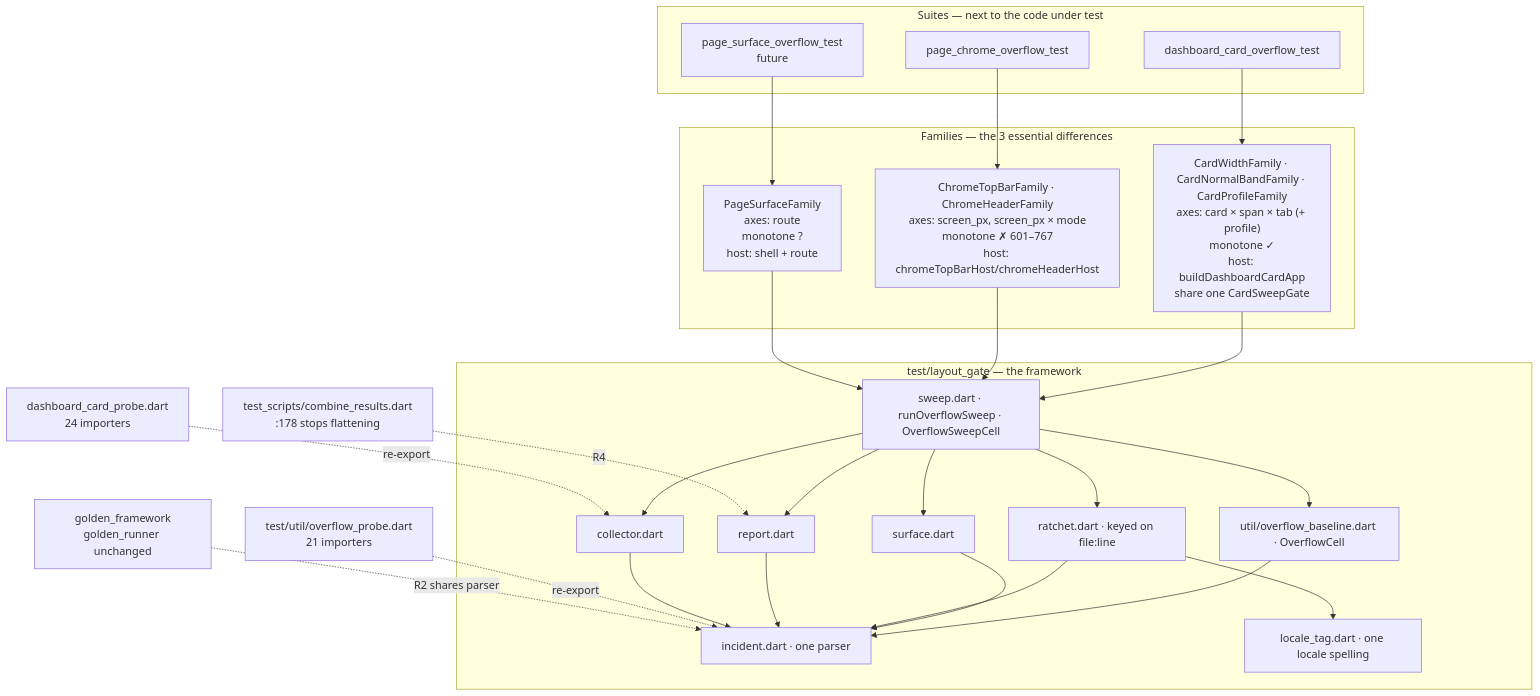
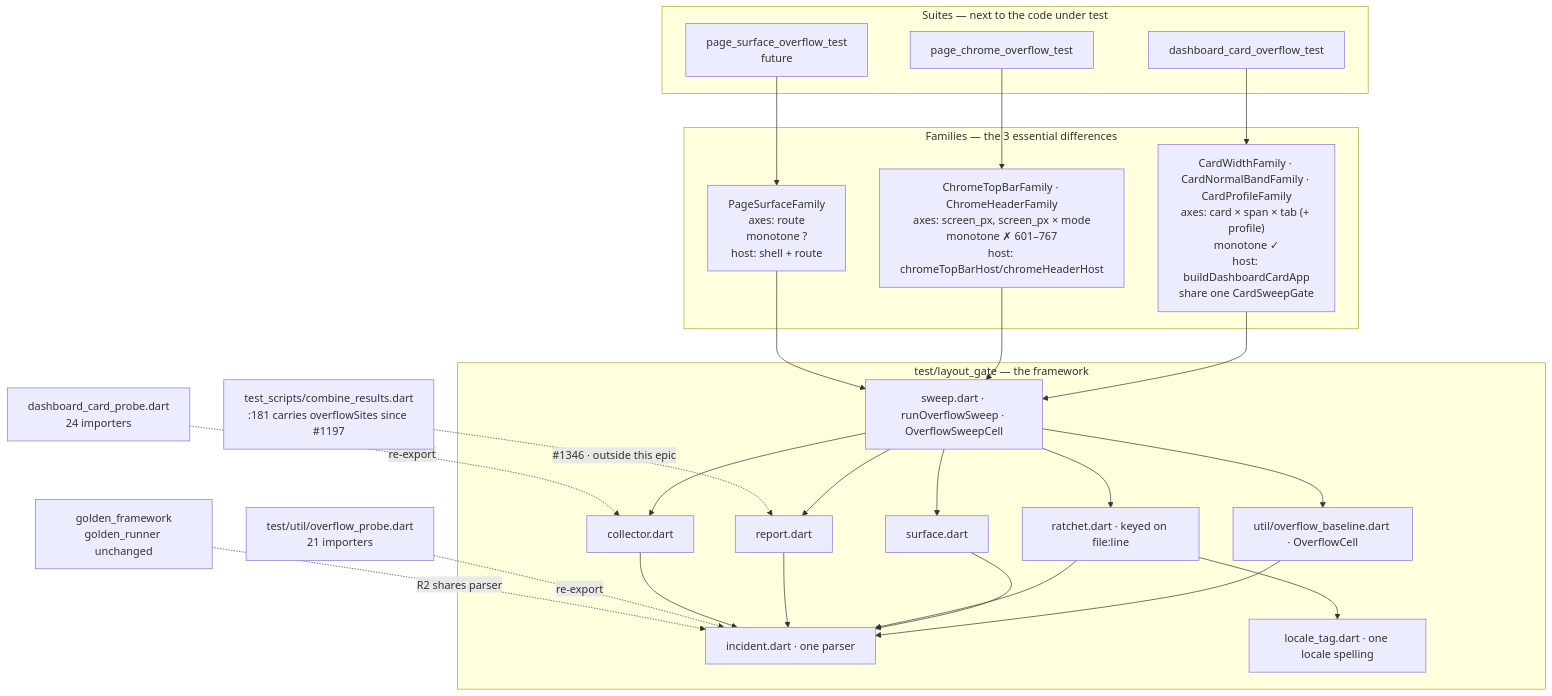
The first of 2 diagrams in doc/testing/overflow_gate_architecture.md (linksys/PrivacyGUI), drawn with Mermaid before and after one commit. The commit also changed other lines of this file, not shown here.

````diff
--- a/doc/testing/overflow_gate_architecture.md
+++ b/doc/testing/overflow_gate_architecture.md
@@ -438,32 +458,32 @@
 ```mermaid
 graph TD
   subgraph S[Suites — next to the code under test]
     S1[dashboard_card_overflow_test]
     S2[page_chrome_overflow_test]
     S3[page_surface_overflow_test<br/>future]
   end
   subgraph F[Families — the 3 essential differences]
     F1["CardWidthFamily · CardNormalBandFamily · CardProfileFamily<br/>axes: card × span × tab (+ profile)<br/>monotone ✓<br/>host: buildDashboardCardApp<br/>share one CardSweepGate"]
     F2["ChromeTopBarFamily · ChromeHeaderFamily<br/>axes: screen_px, screen_px × mode<br/>monotone ✗ 601–767<br/>host: chromeTopBarHost/chromeHeaderHost"]
     F3["PageSurfaceFamily<br/>axes: route<br/>monotone ?<br/>host: shell + route"]
   end
   subgraph K["test/layout_gate — the framework"]
     K1[sweep.dart · runOverflowSweep · OverflowSweepCell]
     K2[util/overflow_baseline.dart · OverflowCell]
     K3[surface.dart]
     K4[ratchet.dart · keyed on file:line]
     K5[report.dart]
     K6[collector.dart]
     K7[incident.dart · one parser]
     K8[locale_tag.dart · one locale spelling]
   end
   S1 --> F1 --> K1
   S2 --> F2 --> K1
   S3 --> F3 --> K1
   K1 --> K2 & K3 & K4 & K5 & K6 --> K7
   K4 --> K8
   U1["test/util/overflow_probe.dart<br/>21 importers"] -.re-export.-> K7
   U2["dashboard_card_probe.dart<br/>24 importers"] -.re-export.-> K6
   U3["golden_framework<br/>golden_runner unchanged"] -.R2 shares parser.-> K7
-  U4["test_scripts/combine_results.dart<br/>:178 stops flattening"] -.R4.-> K5
+  U4["test_scripts/combine_results.dart<br/>:181 carries overflowSites since #1197"] -. "#1346 · outside this epic" .-> K5
 ```
````
